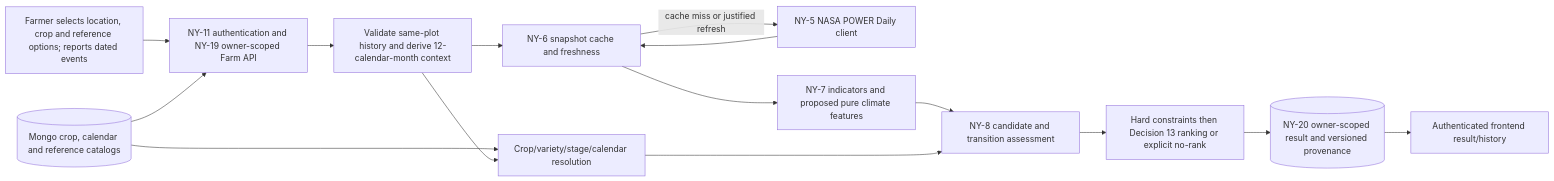
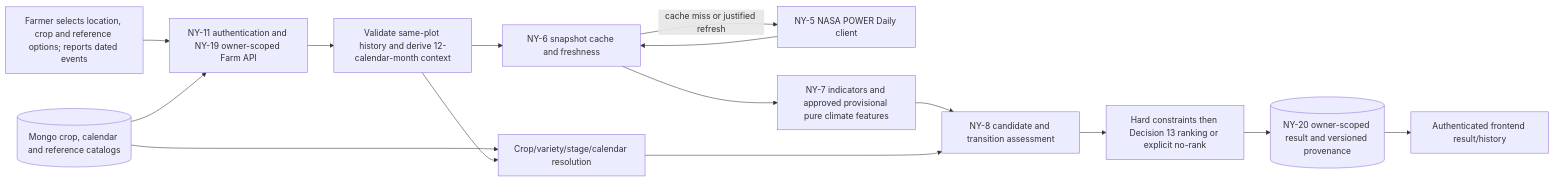
One commit to asantesamuel/NovaYield changed the diagram in analysis_docs/research/ny-38-research-handoff.md. Above: the diagram before and after it, drawn with Mermaid. The commit also changed other lines of this file and 76 other files, not shown here.

````diff
--- a/analysis_docs/research/ny-38-research-handoff.md
+++ b/analysis_docs/research/ny-38-research-handoff.md
@@ -152,17 +152,17 @@
 ```mermaid
 flowchart LR
   U[Farmer selects location, crop and reference options; reports dated events] --> A[NY-11 authentication and NY-19 owner-scoped Farm API]
   C[(Mongo crop, calendar and reference catalogs)] --> A
   A --> H[Validate same-plot history and derive 12-calendar-month context]
   H --> S[NY-6 snapshot cache and freshness]
   S -->|cache miss or justified refresh| N[NY-5 NASA POWER Daily client]
   N --> S
-  S --> I[NY-7 indicators and proposed pure climate features]
+  S --> I[NY-7 indicators and approved provisional pure climate features]
   C --> F[Crop/variety/stage/calendar resolution]
   H --> F
   I --> D[NY-8 candidate and transition assessment]
   F --> D
   D --> R[Hard constraints then Decision 13 ranking or explicit no-rank]
   R --> P[(NY-20 owner-scoped result and versioned provenance)]
   P --> V[Authenticated frontend result/history]
 ```
````
